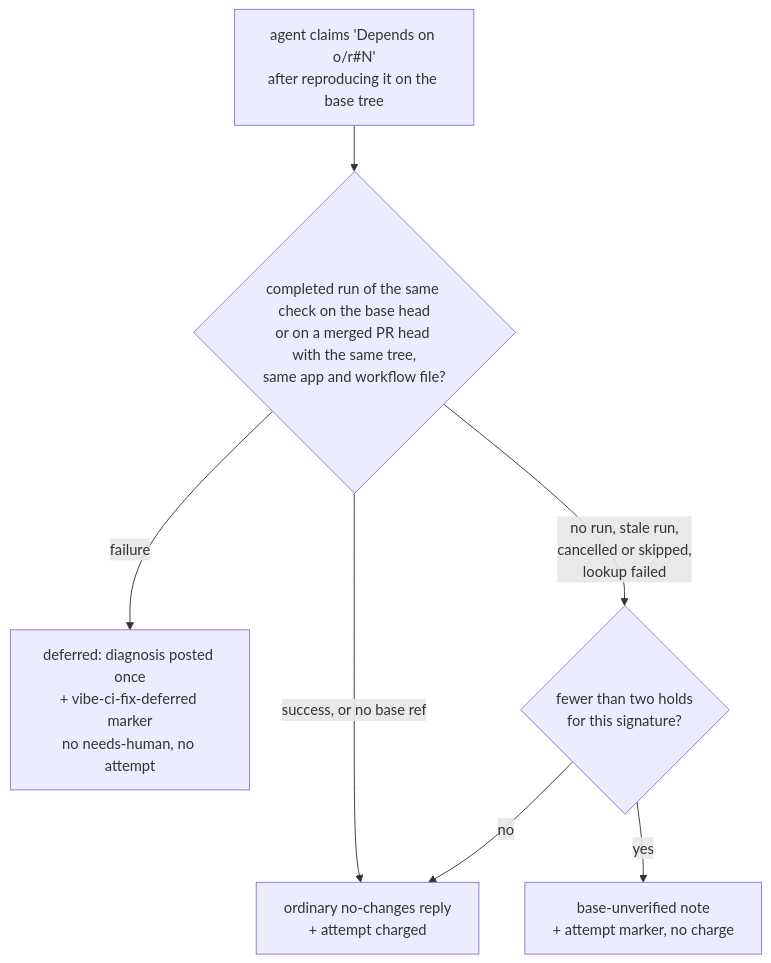
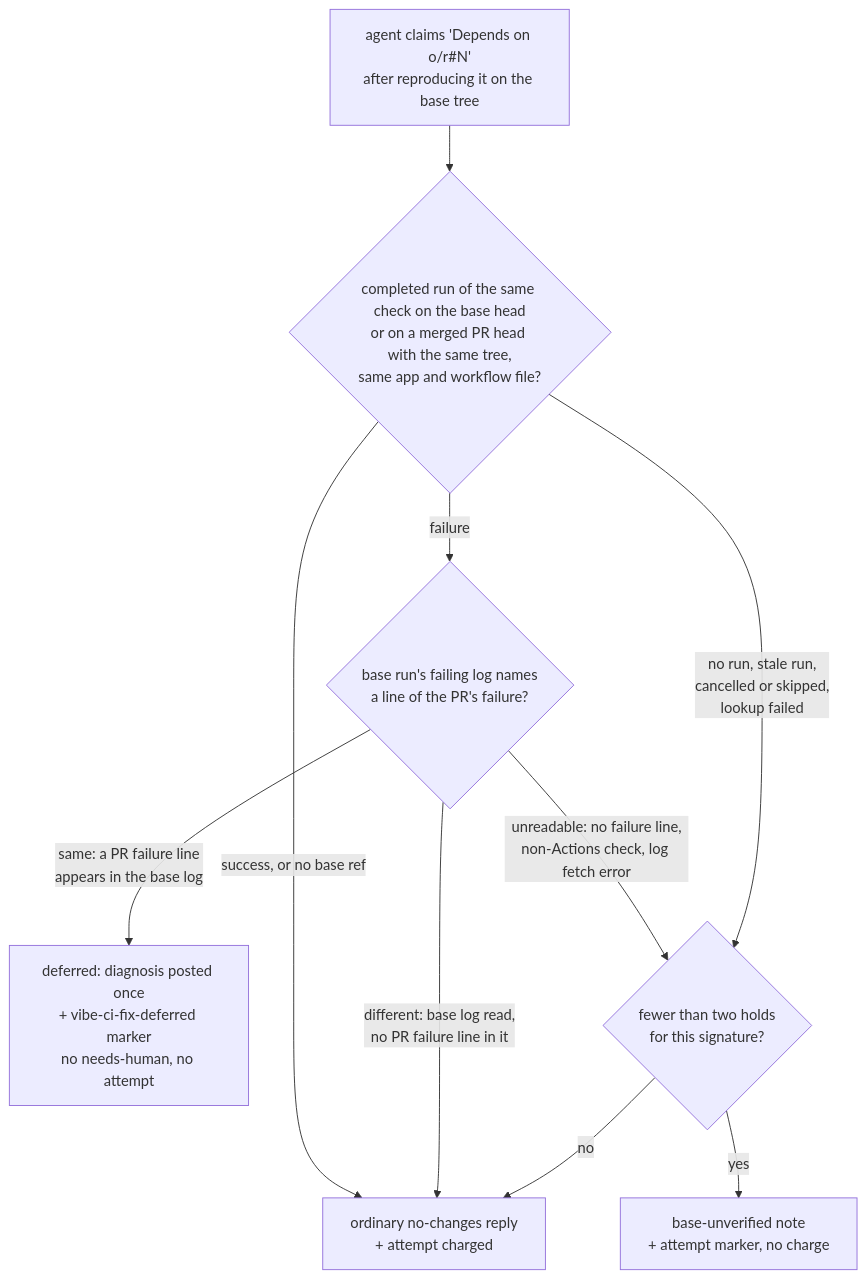
Before and after one commit to stSoftwareAU/VibeCoder: the sixth of 8 diagrams in docs/workflows/ci-fix.md, drawn with Mermaid. The commit also changed other lines of this file and 8 other files, not shown here.

First line of the commit message:
CI-fix base deferral: require the red base run to show the PR's own failure (Issue #4680)

````diff
--- a/docs/workflows/ci-fix.md
+++ b/docs/workflows/ci-fix.md
@@ -636,9 +667,12 @@
 ```mermaid
 flowchart TD
     A["agent claims 'Depends on o/r#N'<br/>after reproducing it on the base tree"] --> E{"completed run of the same check on the base head<br/>or on a merged PR head with the same tree,<br/>same app and workflow file?"}
     E -->|"success, or no base ref"| O["ordinary no-changes reply<br/>+ attempt charged"]
-    E -->|"failure"| R["deferred: diagnosis posted once<br/>+ vibe-ci-fix-deferred marker<br/>no needs-human, no attempt"]
-    E -->|"no run, stale run,<br/>cancelled or skipped,<br/>lookup failed"| H{"fewer than two holds<br/>for this signature?"}
+    E -->|"failure"| L{"base run's failing log names<br/>a line of the PR's failure?"}
+    L -->|"same: a PR failure line<br/>appears in the base log"| R["deferred: diagnosis posted once<br/>+ vibe-ci-fix-deferred marker<br/>no needs-human, no attempt"]
+    L -->|"different: base log read,<br/>no PR failure line in it"| O
+    L -->|"unreadable: no failure line,<br/>non-Actions check, log fetch error"| H{"fewer than two holds<br/>for this signature?"}
+    E -->|"no run, stale run,<br/>cancelled or skipped,<br/>lookup failed"| H
     H -->|yes| U["base-unverified note<br/>+ attempt marker, no charge"]
     H -->|no| O
 ```
````
